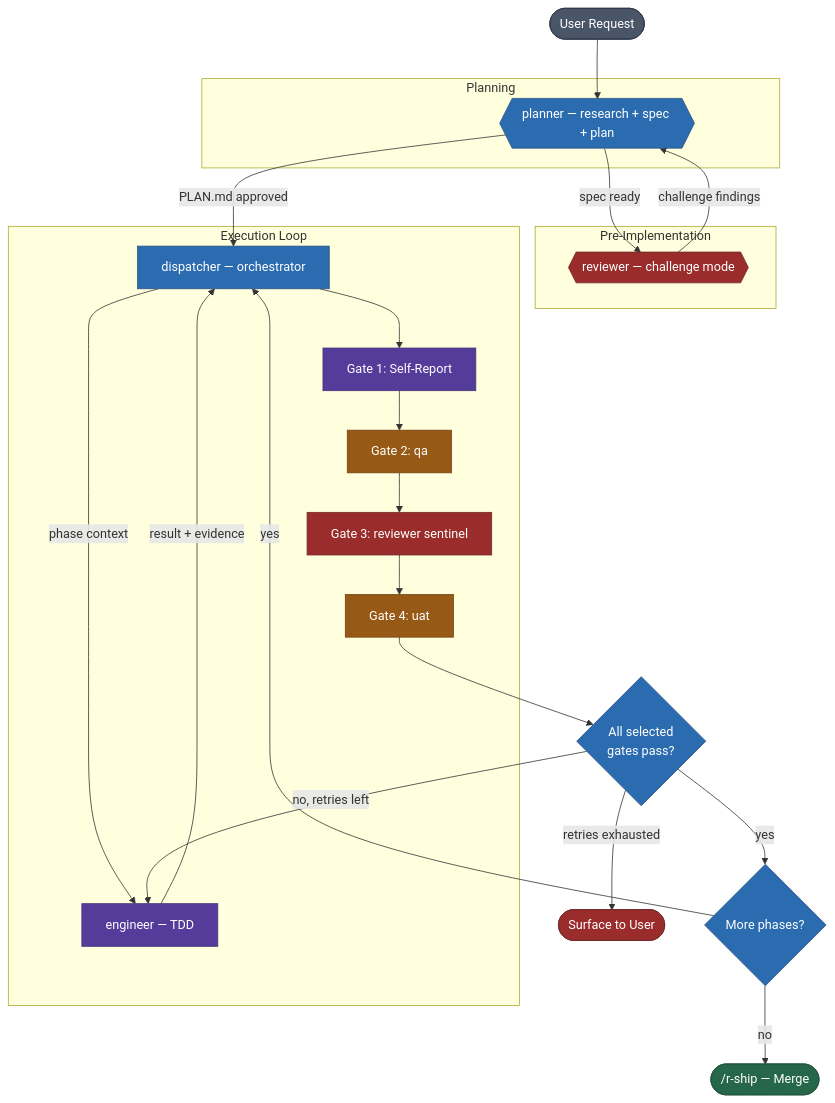
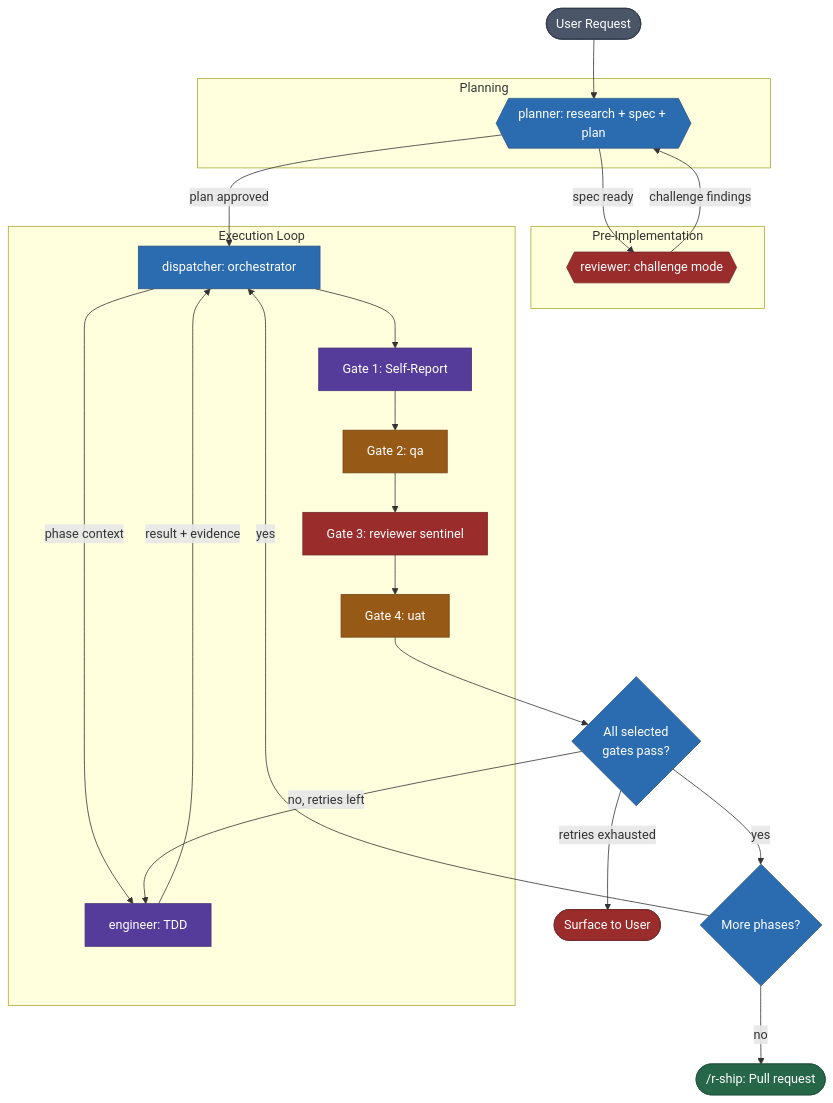
The third of 12 diagrams in reference/diagrams.md (rfxn/rdf), drawn with Mermaid before and after one commit. The commit also changed other lines of this file and 58 other files, not shown here.

````diff
--- a/reference/diagrams.md
+++ b/reference/diagrams.md
@@ -144,53 +148,53 @@
 ```mermaid
 flowchart TD
     User([User Request])
 
     User --> Planner
 
     subgraph PlanPhase["Planning"]
-        Planner{{planner — research + spec + plan}}
+        Planner{{planner: research + spec + plan}}
     end
 
     Planner -->|spec ready| ChallengeReview
 
     subgraph PreImpl["Pre-Implementation"]
-        ChallengeReview{{reviewer — challenge mode}}
+        ChallengeReview{{reviewer: challenge mode}}
     end
 
     ChallengeReview -->|challenge findings| Planner
-    Planner -->|PLAN.md approved| Dispatch
+    Planner -->|plan approved| Dispatch
 
     subgraph Execution["Execution Loop"]
-        Dispatch[dispatcher — orchestrator]
+        Dispatch[dispatcher: orchestrator]
         Dispatch -->|phase context| Eng
-        Eng[engineer — TDD]
+        Eng[engineer: TDD]
         Eng -->|result + evidence| Dispatch
         Dispatch --> Gate1[Gate 1: Self-Report]
         Gate1 --> Gate2[Gate 2: qa]
         Gate2 --> Gate3[Gate 3: reviewer sentinel]
         Gate3 --> Gate4[Gate 4: uat]
     end
 
     Gate4 --> Decision{All selected\ngates pass?}
 
     Decision -->|yes| MorePhases{More phases?}
     Decision -->|no, retries left| Eng
     Decision -->|retries exhausted| Escalate([Surface to User])
 
     MorePhases -->|yes| Dispatch
-    MorePhases -->|no| Ship([/r-ship — Merge])
+    MorePhases -->|no| Ship([/r-ship: Pull request])
 
     style User fill:#4a5568,color:#fff,stroke:#2d3748
     style Ship fill:#276749,color:#fff,stroke:#22543d
     style Escalate fill:#9b2c2c,color:#fff,stroke:#742a2a
     style Planner fill:#2b6cb0,color:#fff,stroke:#2c5282
     style ChallengeReview fill:#9b2c2c,color:#fff,stroke:#742a2a
     style Dispatch fill:#2b6cb0,color:#fff,stroke:#2c5282
     style Eng fill:#553c9a,color:#fff,stroke:#44337a
     style Gate1 fill:#553c9a,color:#fff,stroke:#44337a
     style Gate2 fill:#975a16,color:#fff,stroke:#744210
     style Gate3 fill:#9b2c2c,color:#fff,stroke:#742a2a
     style Gate4 fill:#975a16,color:#fff,stroke:#744210
     style Decision fill:#2b6cb0,color:#fff,stroke:#2c5282
     style MorePhases fill:#2b6cb0,color:#fff,stroke:#2c5282
 ```
````
